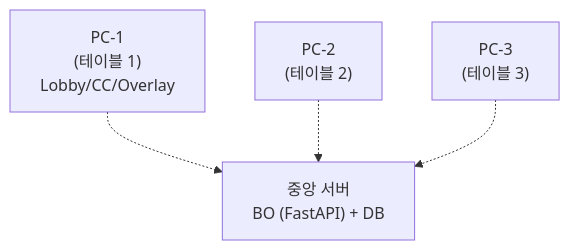
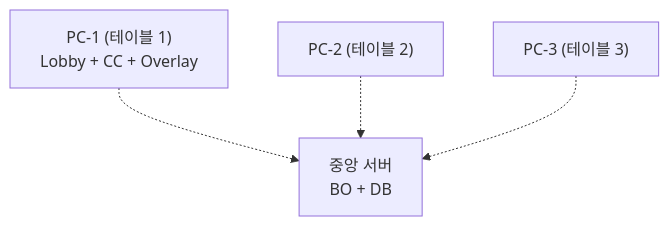
Before and after one commit to garimto81/ebs_github: the fifth of 5 diagrams in docs/1. Product/Foundation.md, drawn with Mermaid. The commit also changed other lines of this file, not shown here.

````diff
--- a/docs/1. Product/Foundation.md
+++ b/docs/1. Product/Foundation.md
@@ -636,10 +928,10 @@
 ```mermaid
 flowchart TD
-    Server["중앙 서버<br/>BO (FastAPI) + DB"]
-    PC1["PC-1<br/>(테이블 1)<br/>Lobby/CC/Overlay"]
-    PC2["PC-2<br/>(테이블 2)"]
-    PC3["PC-3<br/>(테이블 3)"]
+    Server["중앙 서버<br/>BO + DB"]
+    PC1["PC-1 (테이블 1)<br/>Lobby + CC + Overlay"]
+    PC2["PC-2 (테이블 2)"]
+    PC3["PC-3 (테이블 3)"]
     PC1 -.-> Server
     PC2 -.-> Server
     PC3 -.-> Server
 ```
````
